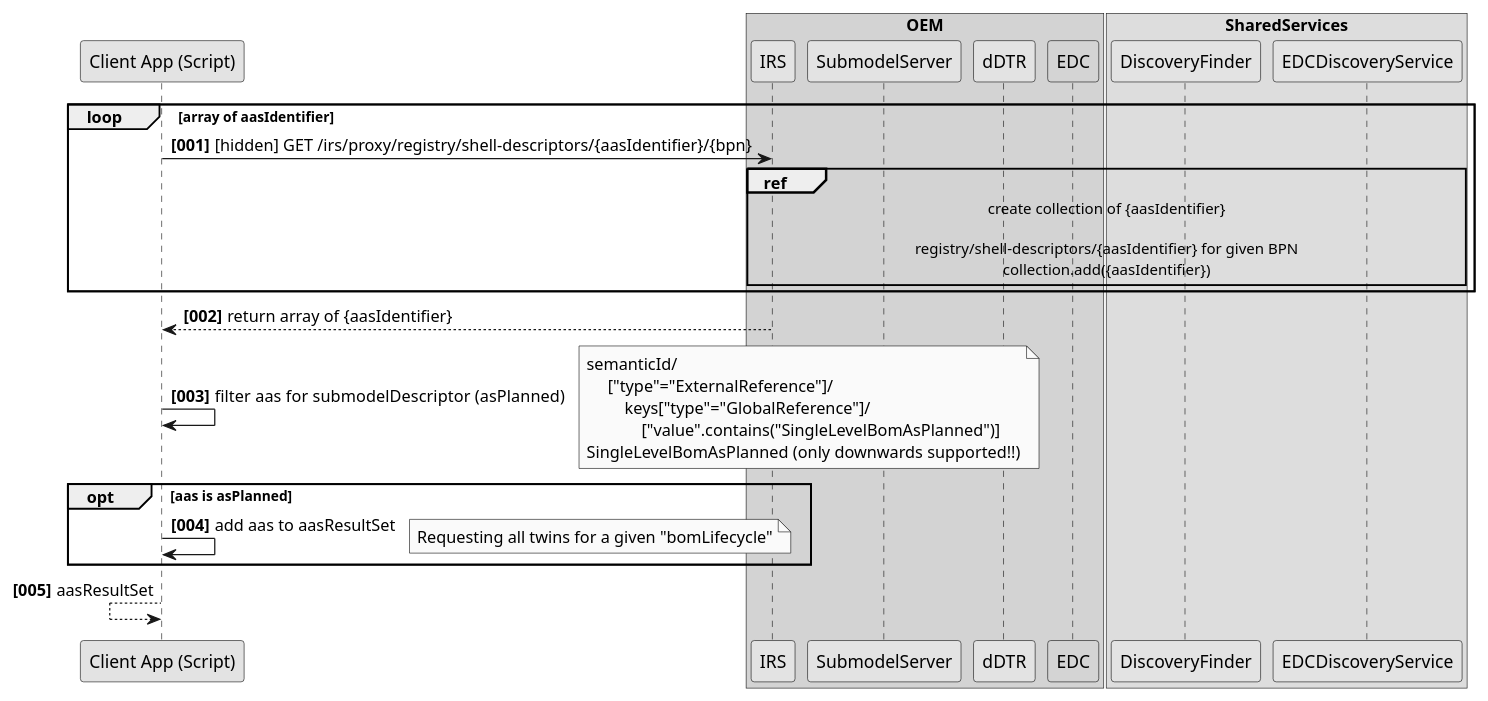
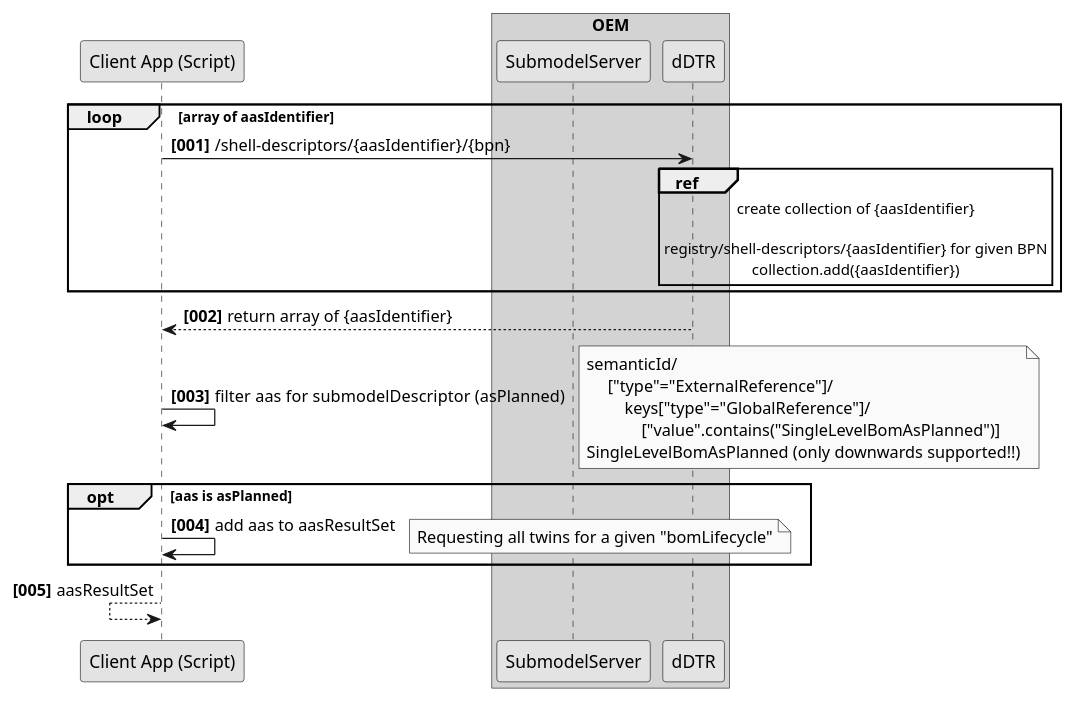
One commit to eclipse-tractusx/item-relationship-service changed the diagram in docs/src/uml-diagrams/irs-recursive/ess-top-down/sequence/2_ess-top-down-sequence-Get_AAS_by_AasIdentifier_Filter_AsPlanned.puml. Above: the diagram before and after it, drawn with PlantUML. The commit also changed 6 other files, not shown here.

```diff
--- a/docs/src/uml-diagrams/irs-recursive/ess-top-down/sequence/2_ess-top-down-sequence-Get_AAS_by_AasIdentifier_Filter_AsPlanned.puml
+++ b/docs/src/uml-diagrams/irs-recursive/ess-top-down/sequence/2_ess-top-down-sequence-Get_AAS_by_AasIdentifier_Filter_AsPlanned.puml
@@ -1,58 +1,48 @@
 @startuml
 skinparam monochrome true
 skinparam shadowing false
 skinparam defaultFontName "Architects daughter"
 
 autonumber "<b>[000]"
 
 participant "Client App (Script)" as Client
 
 box "OEM" #LightGrey
-    participant IRS as IRS
     participant SubmodelServer as SubmodelServer
     participant dDTR as dDTR
-    participant EDC as EDC #99FF99
 end box
 
-
-box SharedServices
-    participant DiscoveryFinder as DiscoveryFinder
-    participant EDCDiscoveryService as EDCDiscoveryService
-end box
-
-
 loop array of aasIdentifier
-    Client -> IRS : [hidden] GET /irs/proxy/registry/shell-descriptors/{aasIdentifier}/{bpn}
-    ref over IRS, DiscoveryFinder, EDCDiscoveryService, EDC, dDTR
+    Client -> dDTR : /shell-descriptors/{aasIdentifier}/{bpn}
+    ref over dDTR
         create collection of {aasIdentifier}
 
         registry/shell-descriptors/{aasIdentifier} for given BPN
         collection.add({aasIdentifier})
     end
 end loop
 
 
-Client <-- IRS : return array of {aasIdentifier}
+Client <-- dDTR : return array of {aasIdentifier}
 
 Client -> Client :  filter aas for submodelDescriptor  (asPlanned)
         note right
                semanticId/
                     ["type"="ExternalReference"]/
                         keys["type"="GlobalReference"]/
                             ["value".contains("SingleLevelBomAsPlanned")]
                SingleLevelBomAsPlanned (only downwards supported!!)
         end note
 
 opt aas is asPlanned
 
      Client -> Client : add aas to aasResultSet
      note right
                  Requesting all twins for a given "bomLifecycle"
      end note
 
 end opt
 
 Client <-- Client : aasResultSet
 
-
 @enduml
```
